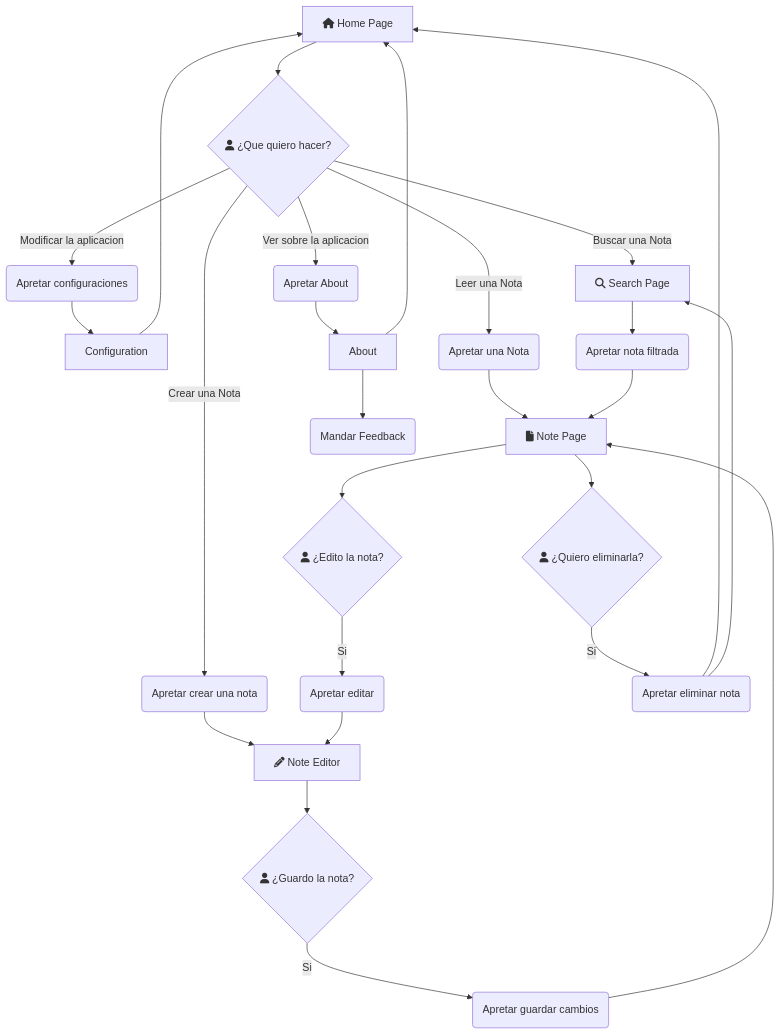
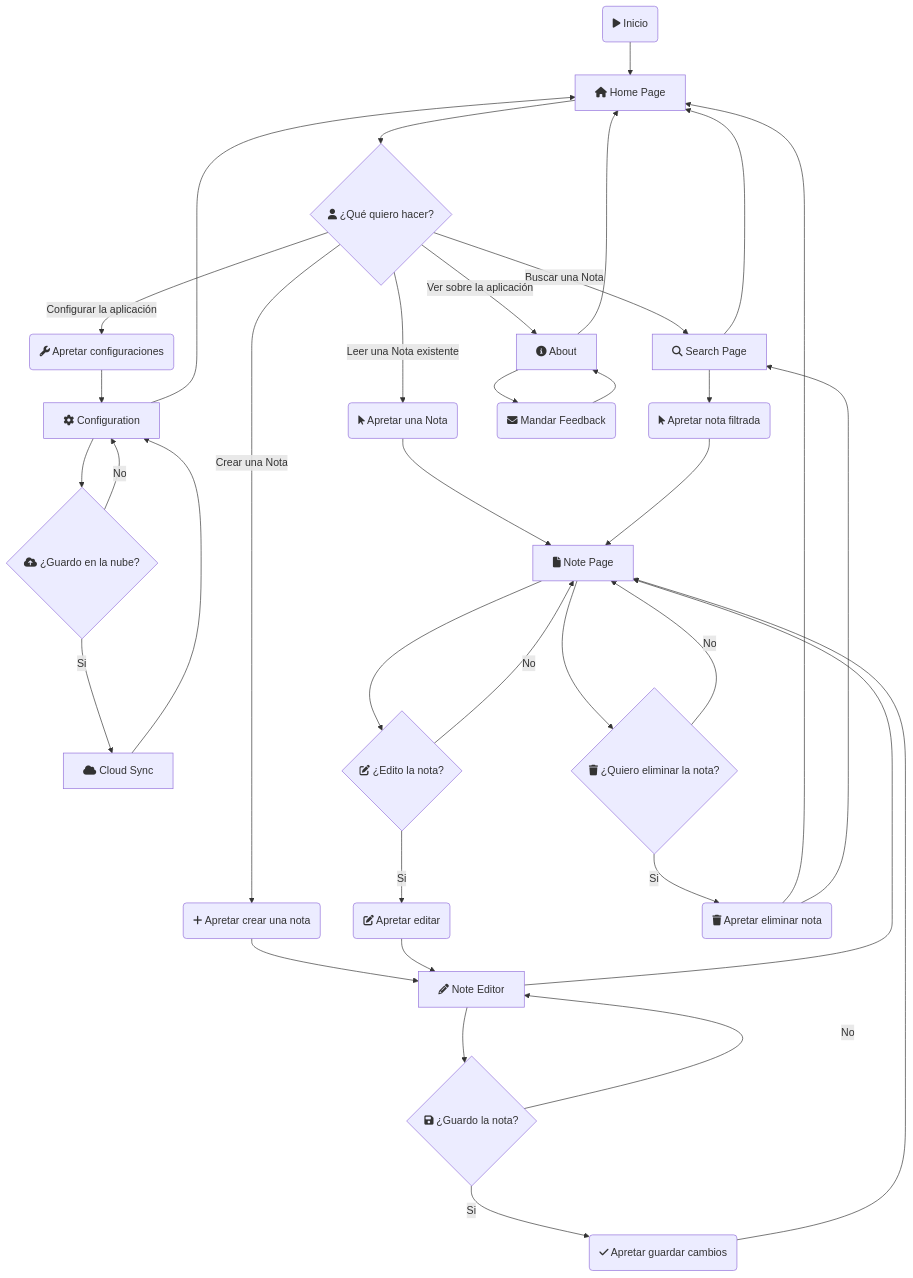
One commit to Kiivu1/DoodleNote changed the diagram in README.md. Above: the diagram before and after it, drawn with Mermaid. The commit also changed other lines of this file and 5 other files, not shown here.

````diff
--- a/README.md
+++ b/README.md
@@ -51,32 +103,67 @@
 ```mermaid
-    flowchart TD
+        flowchart TD
         Home[fa:fa-home Home Page]
         NotePage[fa:fa-file Note Page]
         NoteEditor[fa:fa-pencil Note Editor]
         SearchPage[fa:fa-search Search Page]
-        config[Configuration]
-        about[About]
+        config[fa:fa-cog Configuration]
+        about[fa:fa-info-circle About]
+        cloud[fa:fa-cloud Cloud Sync]
 
-        Act{fa:fa-user ¿Que quiero hacer?}
-        Act2{fa:fa-user ¿Quiero eliminarla?}
-        Act3{fa:fa-user ¿Guardo la nota?}
-        Act4{fa:fa-user ¿Edito la nota?}
+        K(fa:fa-play Inicio)
+
+        Act{fa:fa-user ¿Qué quiero hacer?}
+        Act2{fa:fa-trash ¿Quiero eliminar la nota?}
+        Act3{fa:fa-save ¿Guardo la nota?}
+        Act4{fa:fa-edit ¿Edito la nota?}
+        Act5{fa:fa-cloud-upload ¿Guardo en la nube?}
+
+        Y(fa:fa-mouse-pointer Apretar una Nota)
+        R(fa:fa-plus Apretar crear una nota)
+        Z(fa:fa-wrench Apretar configuraciones)
+        U(fa:fa-mouse-pointer Apretar nota filtrada)
+        I(fa:fa-edit Apretar editar)
+        Q(fa:fa-check Apretar guardar cambios)
+        D(fa:fa-trash Apretar eliminar nota)
+        T(fa:fa-envelope Mandar Feedback)
+
+        K --> Home
 
         Home --> Act
         Act --> |Buscar una Nota| SearchPage
-        Act --> |Leer una Nota| Y(Apretar una Nota) --> NotePage
-        Act --> |Crear una Nota| R(Apretar crear una nota) --> NoteEditor
-        Act --> |Modificar la aplicacion| Z(Apretar configuraciones) --> config
-        Act --> |Ver sobre la aplicacion| P(Apretar About) --> about
+        Act --> |Leer una Nota existente| Y --> NotePage
+        Act --> |Crear una Nota| R --> NoteEditor
+        Act --> |Configurar la aplicación| Z
+        Act --> |Ver sobre la aplicación| about
 
+        Z --> config
+        config --> Act5
+        Act5 --> |Si| cloud
+        Act5 --> |No| config
+        cloud --> config
         config --> Home
-        about --> T(Mandar Feedback)
+
+        about --> T
         about --> Home
+        T --> about
 
-        SearchPage --> U(Apretar nota filtrada) --> NotePage
-        NotePage --> Act4 --> |Si| I(Apretar editar) -->NoteEditor
+        SearchPage --> Home
+        SearchPage --> U
+        U --> NotePage
+
+        NotePage --> Act4
+        Act4 --> |Si| I --> NoteEditor
+        Act4 --> |No| NotePage
+        
+        NotePage --> Act2
+        Act2 --> |Si| D
+        D --> Home
+        D --> SearchPage
+        Act2 --> |No| NotePage
+
         NoteEditor --> Act3
-        Act3 --> |Si| Q(Apretar guardar cambios) --> NotePage
-
-        NotePage --> Act2 --> |Si| D(Apretar eliminar nota) --> Home & SearchPage
+        Act3 --> |Si| Q
+        Act3 --> |No| NoteEditor
+        Q --> NotePage
+        NoteEditor --> NotePage[fa:fa-file Note Page]
 ```
````
